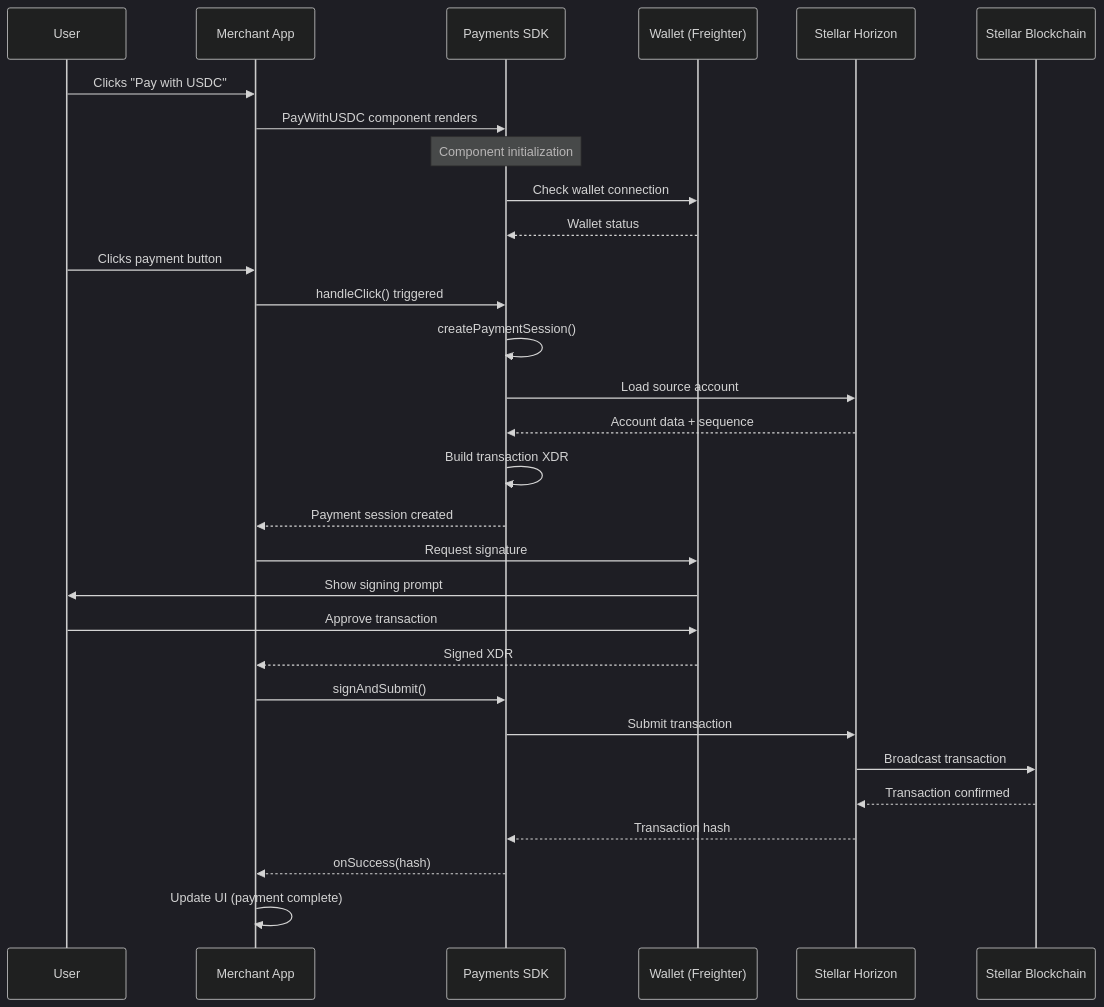
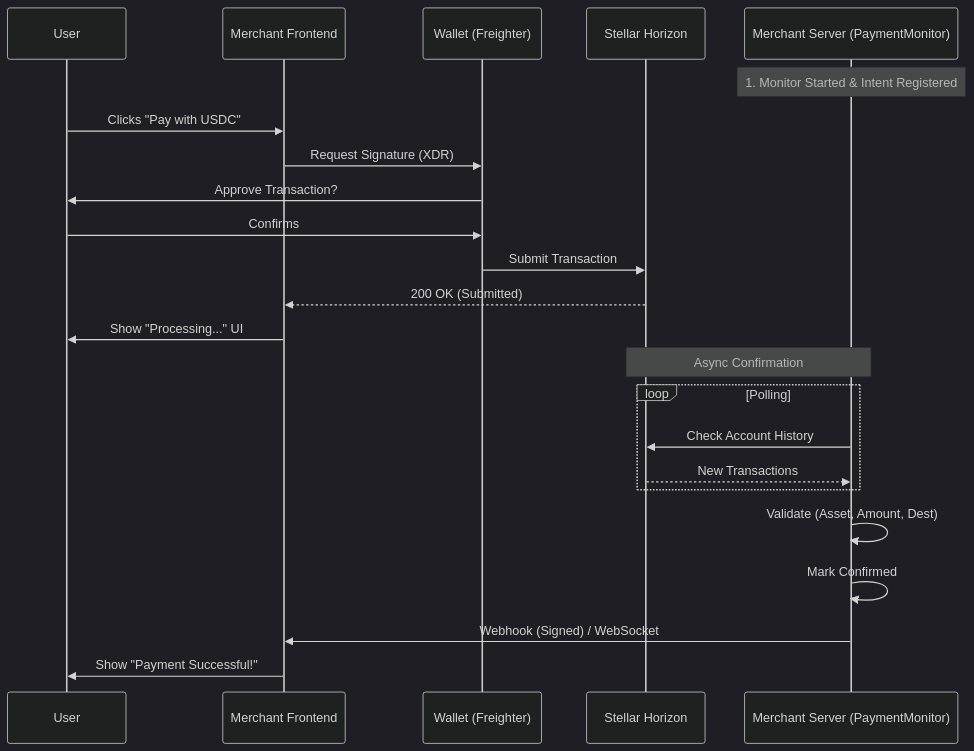
Before and after one commit to ZacksonPessoa/USDC-Payments-SDK-for-Stellar-Web-Mobile-: the second of 2 diagrams in docs/architecture.md, drawn with Mermaid (dark theme). The commit also changed other lines of this file and 3 other files, not shown here.

First line of the commit message:
Update documentation to reflect secure MVP architecture

````diff
--- a/docs/architecture.md
+++ b/docs/architecture.md
@@ -71,39 +57,30 @@
 ```mermaid
 sequenceDiagram
     participant U as User
-    participant M as Merchant App
-    participant SDK as Payments SDK
+    participant M as Merchant Frontend
     participant W as Wallet (Freighter)
     participant H as Stellar Horizon
-    participant B as Stellar Blockchain
+    participant S as Merchant Server (PaymentMonitor)
+
+    Note over S: 1. Monitor Started & Intent Registered
 
     U->>M: Clicks "Pay with USDC"
-    M->>SDK: PayWithUSDC component renders
-    
-    Note over SDK: Component initialization
-    SDK->>W: Check wallet connection
-    W-->>SDK: Wallet status
-    
-    U->>M: Clicks payment button
-    M->>SDK: handleClick() triggered
-    
-    SDK->>SDK: createPaymentSession()
-    SDK->>H: Load source account
-    H-->>SDK: Account data + sequence
-    SDK->>SDK: Build transaction XDR
-    SDK-->>M: Payment session created
-    
-    M->>W: Request signature
-    W->>U: Show signing prompt
-    U->>W: Approve transaction
-    W-->>M: Signed XDR
-    
-    M->>SDK: signAndSubmit()
-    SDK->>H: Submit transaction
-    H->>B: Broadcast transaction
-    B-->>H: Transaction confirmed
-    H-->>SDK: Transaction hash
-    SDK-->>M: onSuccess(hash)
-    
-    M->>M: Update UI (payment complete)
+    M->>W: Request Signature (XDR)
+    W->>U: Approve Transaction?
+    U->>W: Confirms
+    W->>H: Submit Transaction
+    H-->>M: 200 OK (Submitted)
+    M->>U: Show "Processing..." UI
+
+    Note over H,S: Async Confirmation
+
+    loop Polling
+        S->>H: Check Account History
+        H-->>S: New Transactions
+    end
+
+    S->>S: Validate (Asset, Amount, Dest)
+    S->>S: Mark Confirmed
+    S->>M: Webhook (Signed) / WebSocket
+    M->>U: Show "Payment Successful!"
 ```
````
